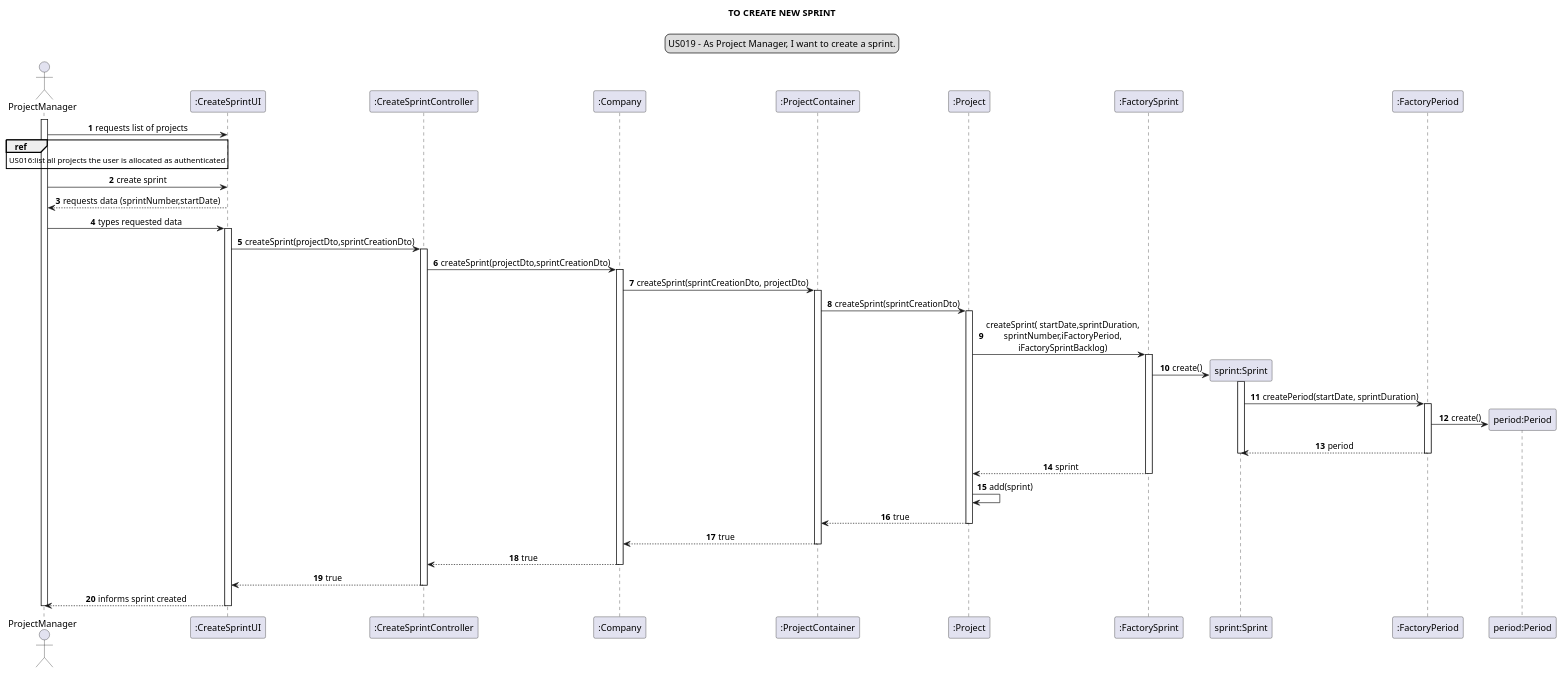
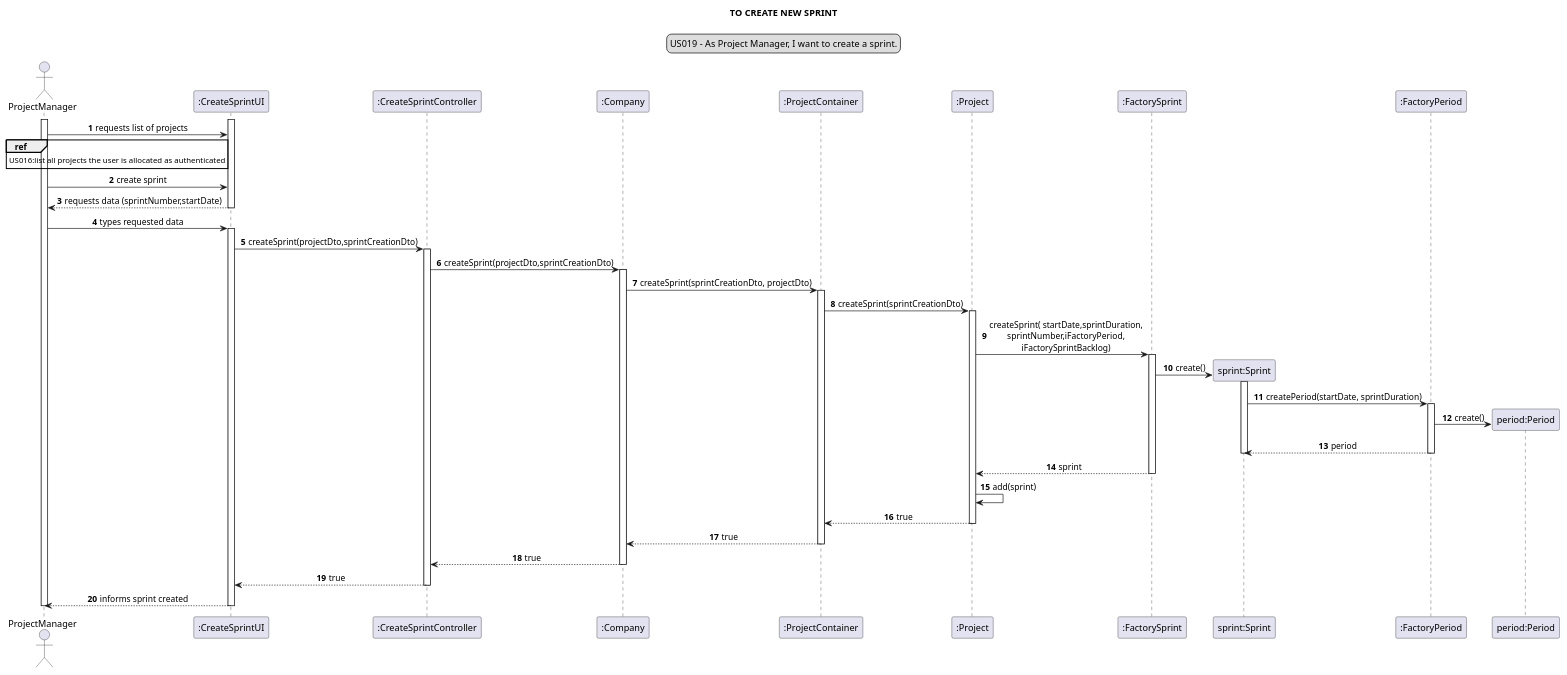
One commit to Loracline/project_switch_22-23 changed the diagram in docs/modelling_design/user_stories/sprint03/us019/US019_sequenceDiagram.puml. Above: the diagram before and after it, drawn with PlantUML.

Commit message:
US019: implementation: solve code smells addresses #130 . update SQ addresses #128

```diff
--- a/docs/modelling_design/user_stories/sprint03/us019/US019_sequenceDiagram.puml
+++ b/docs/modelling_design/user_stories/sprint03/us019/US019_sequenceDiagram.puml
@@ -1,81 +1,83 @@
 @startuml
 
 skinparam sequenceMessageAlign center
 title TO CREATE NEW SPRINT
 legend top
 US019 - As Project Manager, I want to create a sprint.
 end legend
 autonumber
 
 actor ProjectManager as pm
 participant ":CreateSprintUI" as ui
 participant ":CreateSprintController" as ct
 participant ":Company" as c
 participant ":ProjectContainer" as pc
 participant ":Project" as p
 participant ":FactorySprint" as fact
 participant "sprint:Sprint" as ss
 participant ":FactoryPeriod" as fp
 participant "period:Period" as pp
 
 activate pm
+activate ui
 pm -> ui: requests list of projects
 ref over pm : US016:list all projects the user is allocated as authenticated
 pm -> ui : create sprint
+
 ui --> pm : requests data (sprintNumber,startDate)
-
+deactivate ui
 pm -> ui: types requested data
 activate ui
 
 ui -> ct: createSprint(projectDto,sprintCreationDto)
 activate ct
 
 
 ct -> c: createSprint(projectDto,sprintCreationDto)
 activate c
 
 c -> pc: createSprint(sprintCreationDto, projectDto)
 activate pc
 
 pc -> p: createSprint(sprintCreationDto)
 activate p
 
 p -> fact: createSprint( startDate,sprintDuration,\nsprintNumber,iFactoryPeriod,\niFactorySprintBacklog)
 activate fact
 
 create ss
 fact -> ss: create()
 
 activate ss
 
 ss -> fp : createPeriod(startDate, sprintDuration)
 
 activate fp
 
 create pp
 fp -> pp : create()
 fp --> ss : period
 deactivate ss
 deactivate fp
 fact --> p : sprint
 
 deactivate fact
 p -> p: add(sprint)
 
 p --> pc: true
 deactivate p
 
 pc --> c : true
 deactivate pc
 
 c --> ct : true
 deactivate c
 
 ct --> ui : true
 deactivate ct
 
 
 ui --> pm: informs sprint created
 deactivate ui
 deactivate pm
 @enduml
```
